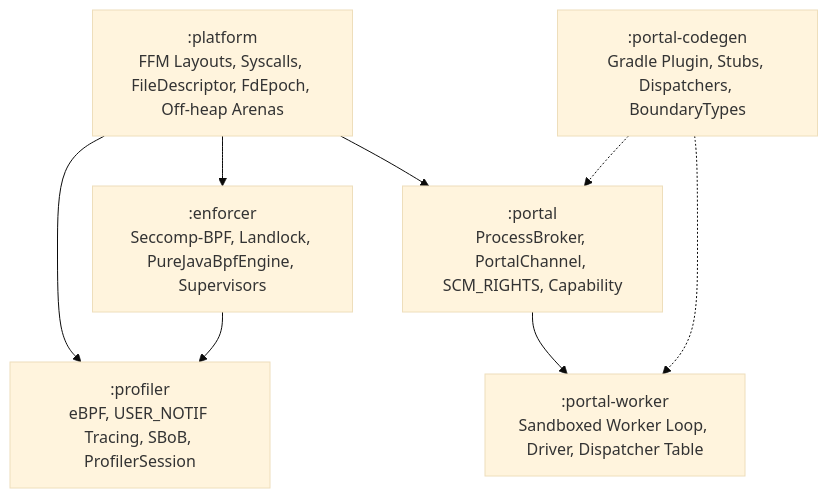
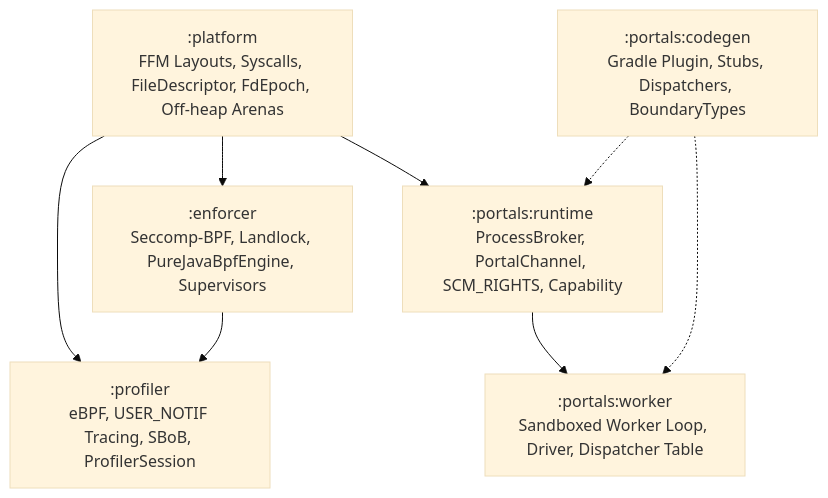
Before and after one commit to Pilleo/mazewall: the diagram in docs/plans/remediation-plan.md, drawn with Mermaid (base theme). The commit also changed other lines of this file and 126 other files, not shown here.

````diff
--- a/docs/plans/remediation-plan.md
+++ b/docs/plans/remediation-plan.md
@@ -62,17 +62,17 @@
 ```mermaid
 graph TD
     Platform[":platform<br/>FFM Layouts, Syscalls, FileDescriptor, FdEpoch, Off-heap Arenas"]
     Enforcer[":enforcer<br/>Seccomp-BPF, Landlock, PureJavaBpfEngine, Supervisors"]
     Profiler[":profiler<br/>eBPF, USER_NOTIF Tracing, SBoB, ProfilerSession"]
-    Portal[":portal<br/>ProcessBroker, PortalChannel, SCM_RIGHTS, Capability"]
-    PortalCodegen[":portal-codegen<br/>Gradle Plugin, Stubs, Dispatchers, BoundaryTypes"]
-    PortalWorker[":portal-worker<br/>Sandboxed Worker Loop, Driver, Dispatcher Table"]
+    Portal[":portals:runtime<br/>ProcessBroker, PortalChannel, SCM_RIGHTS, Capability"]
+    PortalCodegen[":portals:codegen<br/>Gradle Plugin, Stubs, Dispatchers, BoundaryTypes"]
+    PortalWorker[":portals:worker<br/>Sandboxed Worker Loop, Driver, Dispatcher Table"]
 
     Platform --> Enforcer
     Platform --> Profiler
     Platform --> Portal
     Enforcer --> Profiler
     Portal --> PortalWorker
     PortalCodegen -.-> Portal
     PortalCodegen -.-> PortalWorker
 ```
````
